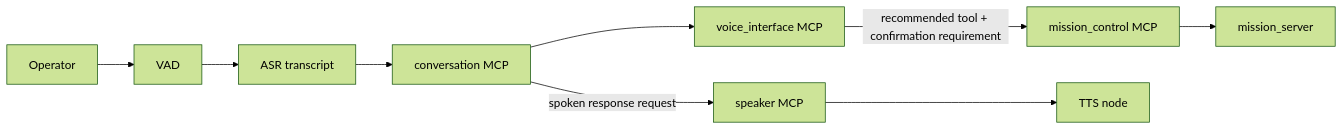
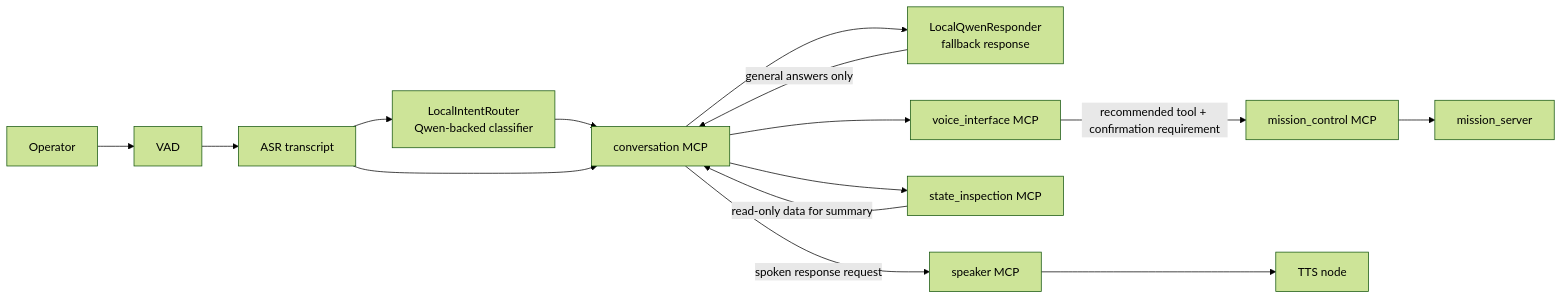
The first of 2 diagrams in docs/architecture/50_voice_operator_interface.md (KartikMehta-1/AMR-development), drawn with Mermaid (forest theme) before and after one commit. The commit also changed other lines of this file and 31 other files, not shown here.

````diff
--- a/docs/architecture/50_voice_operator_interface.md
+++ b/docs/architecture/50_voice_operator_interface.md
@@ -22,21 +24,30 @@
 ```mermaid
 flowchart LR
   USER[Operator]
   VAD[VAD]
   ASR[ASR transcript]
+  ROUTER[LocalIntentRouter\nQwen-backed classifier]
+  LLM[LocalQwenResponder\nfallback response]
   VOICEMCP[voice_interface MCP]
   MISSIONMCP[mission_control MCP]
+  STATEMCP[state_inspection MCP]
   SPEAKERMCP[speaker MCP]
   CONVMCP[conversation MCP]
   TTS[TTS node]
   MISSION[mission_server]
 
   USER --> VAD
   VAD --> ASR
+  ASR --> ROUTER
+  ROUTER --> CONVMCP
   ASR --> CONVMCP
+  CONVMCP --> LLM
   CONVMCP --> VOICEMCP
+  CONVMCP --> STATEMCP
   VOICEMCP -->|recommended tool + confirmation requirement| MISSIONMCP
   MISSIONMCP --> MISSION
   CONVMCP -->|spoken response request| SPEAKERMCP
+  STATEMCP -->|read-only data for summary| CONVMCP
+  LLM -->|general answers only| CONVMCP
   SPEAKERMCP --> TTS
 ```
````
